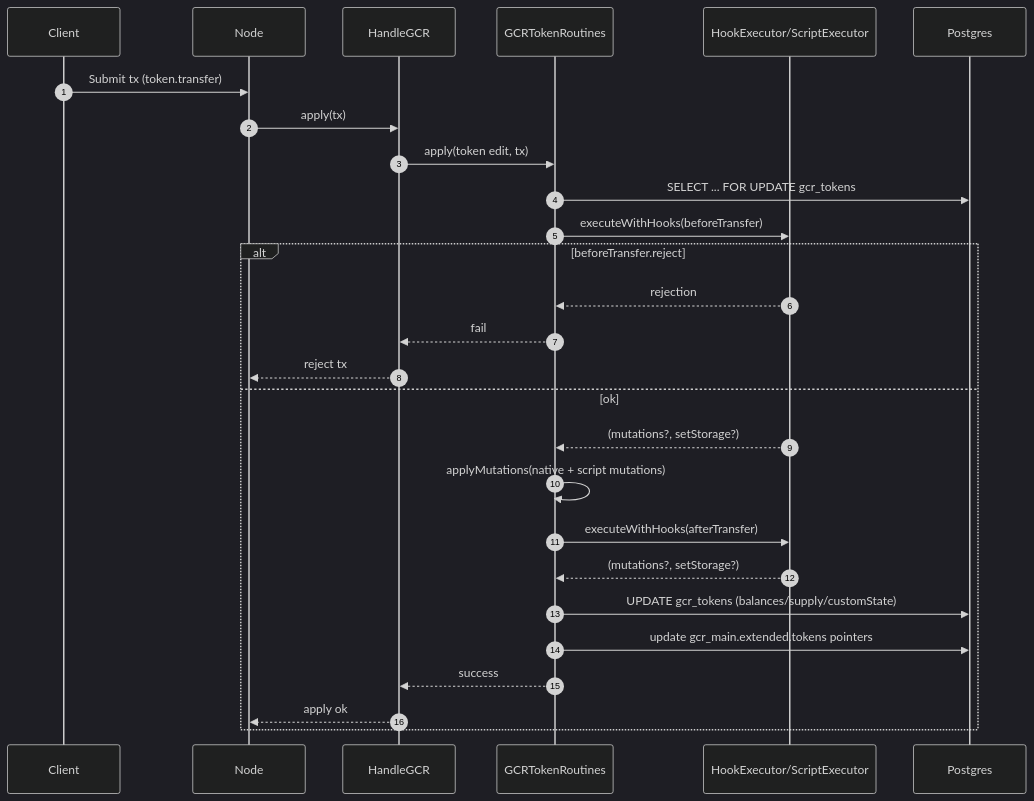
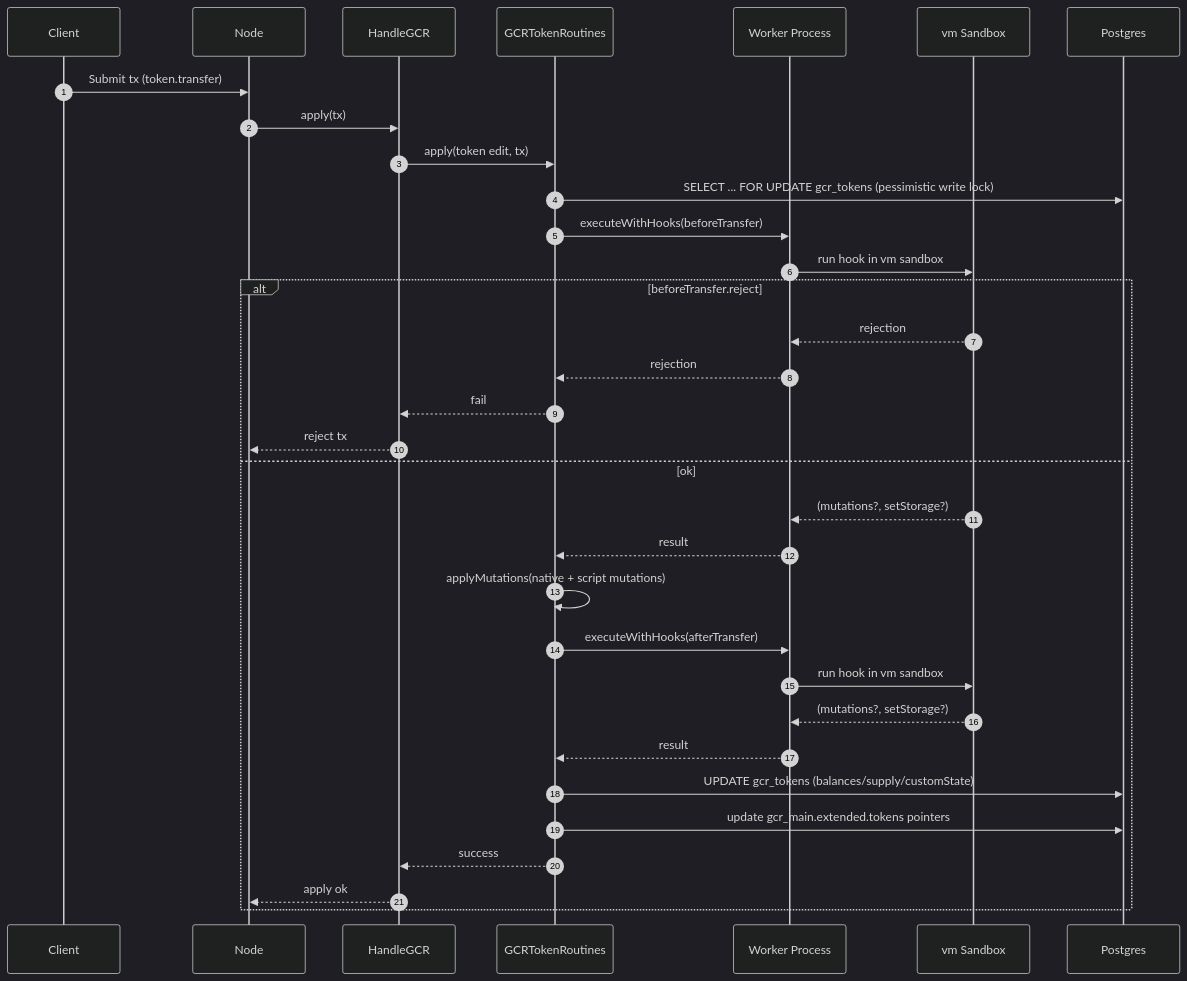
One commit to kynesyslabs/node changed the second of 3 diagrams in documentation/tokens/README.md. Above: the diagram before and after it, drawn with Mermaid (dark theme). The commit also changed other lines of this file and 1 other file, not shown here.

````diff
--- a/documentation/tokens/README.md
+++ b/documentation/tokens/README.md
@@ -212,30 +393,36 @@
 ```mermaid
 sequenceDiagram
   autonumber
   participant C as Client
   participant N as Node
   participant H as HandleGCR
   participant R as GCRTokenRoutines
-  participant S as HookExecutor/ScriptExecutor
+  participant W as Worker Process
+  participant S as vm Sandbox
   participant DB as Postgres
 
   C->>N: Submit tx (token.transfer)
   N->>H: apply(tx)
   H->>R: apply(token edit, tx)
-  R->>DB: SELECT ... FOR UPDATE gcr_tokens
-  R->>S: executeWithHooks(beforeTransfer)
+  R->>DB: SELECT ... FOR UPDATE gcr_tokens (pessimistic write lock)
+  R->>W: executeWithHooks(beforeTransfer)
+  W->>S: run hook in vm sandbox
   alt beforeTransfer.reject
-    S-->>R: rejection
+    S-->>W: rejection
+    W-->>R: rejection
     R-->>H: fail
     H-->>N: reject tx
   else ok
-    S-->>R: (mutations?, setStorage?)
+    S-->>W: (mutations?, setStorage?)
+    W-->>R: result
     R->>R: applyMutations(native + script mutations)
-    R->>S: executeWithHooks(afterTransfer)
-    S-->>R: (mutations?, setStorage?)
+    R->>W: executeWithHooks(afterTransfer)
+    W->>S: run hook in vm sandbox
+    S-->>W: (mutations?, setStorage?)
+    W-->>R: result
     R->>DB: UPDATE gcr_tokens (balances/supply/customState)
     R->>DB: update gcr_main.extended.tokens pointers
     R-->>H: success
     H-->>N: apply ok
   end
 ```
````
